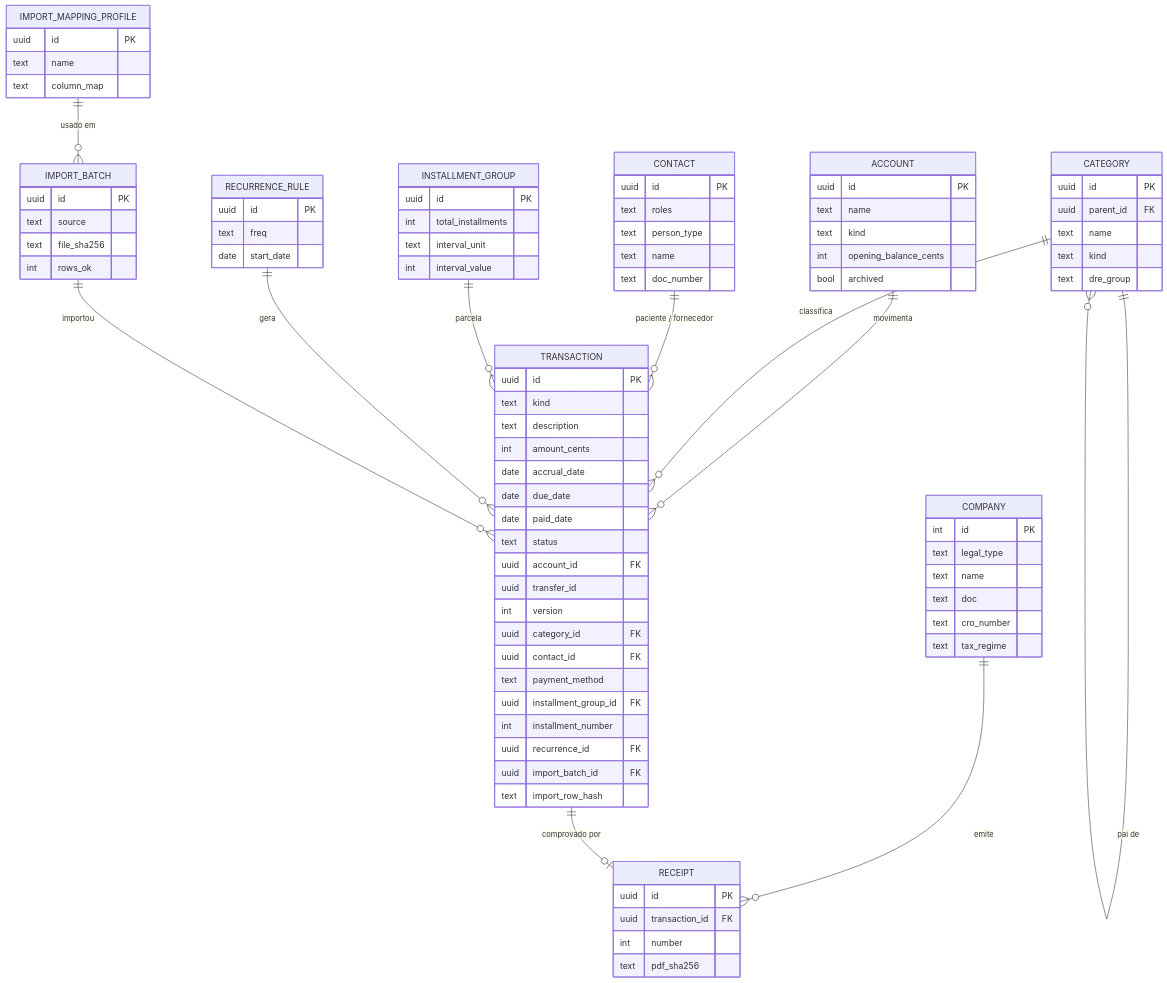
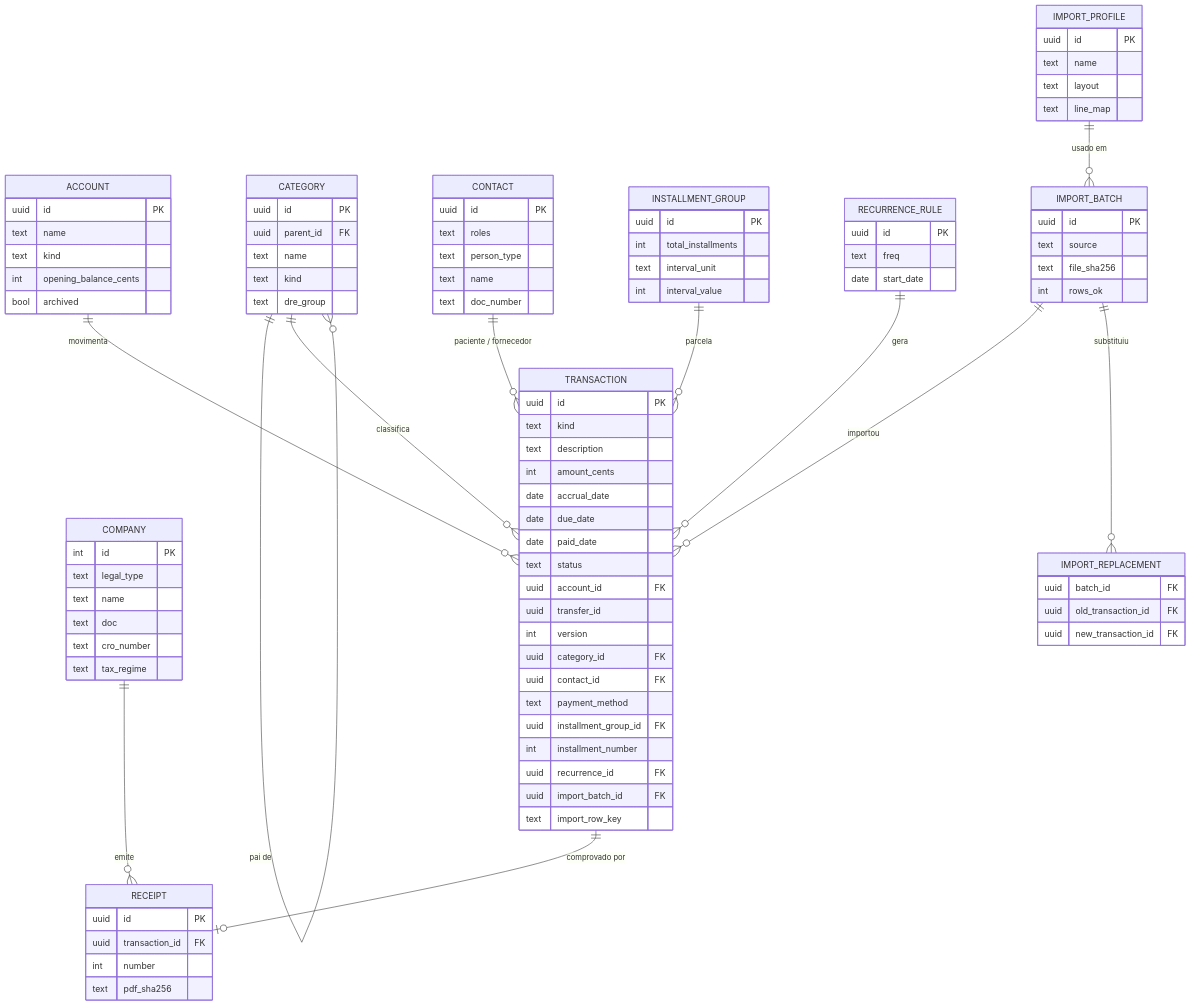
The second of 2 diagrams in docs/PROJETO.md (lucasbg98/EzFinance-showcase), drawn with Mermaid before and after one commit. The commit also changed other lines of this file and 10 other files, not shown here.

````diff
--- a/docs/PROJETO.md
+++ b/docs/PROJETO.md
@@ -284,7 +285,8 @@
   INSTALLMENT_GROUP ||--o{ TRANSACTION : "parcela"
   RECURRENCE_RULE ||--o{ TRANSACTION : "gera"
   IMPORT_BATCH ||--o{ TRANSACTION : "importou"
-  IMPORT_MAPPING_PROFILE ||--o{ IMPORT_BATCH : "usado em"
+  IMPORT_PROFILE ||--o{ IMPORT_BATCH : "usado em"
+  IMPORT_BATCH ||--o{ IMPORT_REPLACEMENT : "substituiu"
   TRANSACTION ||--o| RECEIPT : "comprovado por"
 
   COMPANY {
@@ -335,7 +337,7 @@
     int installment_number
     uuid recurrence_id FK
     uuid import_batch_id FK
-    text import_row_hash
+    text import_row_key
   }
   INSTALLMENT_GROUP {
     uuid id PK
@@ -360,9 +362,15 @@
     text file_sha256
     int rows_ok
   }
-  IMPORT_MAPPING_PROFILE {
+  IMPORT_PROFILE {
     uuid id PK
     text name
-    text column_map
+    text layout
+    text line_map
+  }
+  IMPORT_REPLACEMENT {
+    uuid batch_id FK
+    uuid old_transaction_id FK
+    uuid new_transaction_id FK
   }
 ```
````
